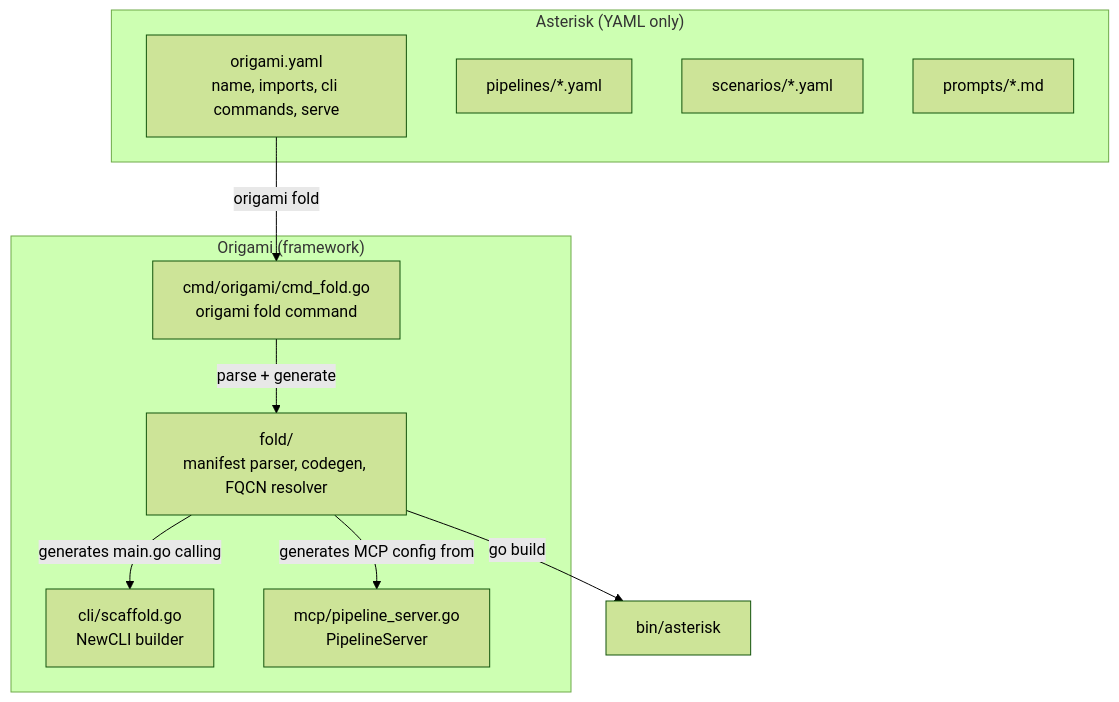
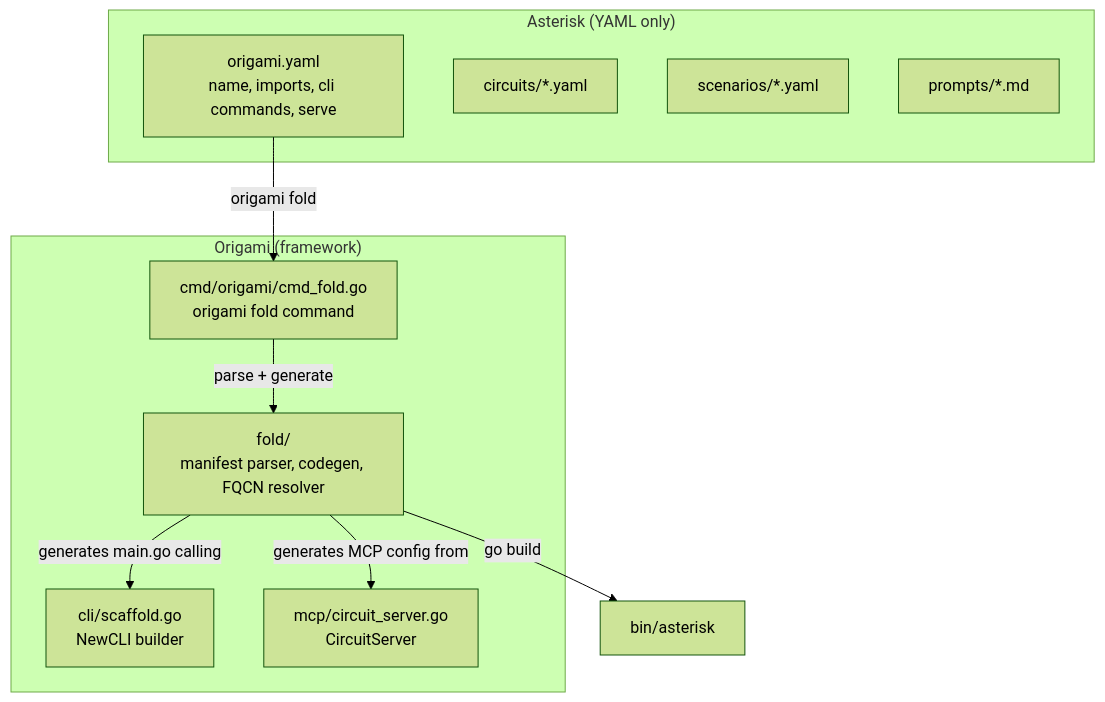
One commit to dpopsuev/asterisk changed the second of 2 diagrams in .cursor/contracts/draft/origami-fold.md. Above: the diagram before and after it, drawn with Mermaid (forest theme). The commit also changed other lines of this file and 184 other files, not shown here.

First line of the commit message:
refactor: pipeline→circuit rename + rca-pure-dsl Phase 3-4 advance

````diff
--- a/.cursor/contracts/draft/origami-fold.md
+++ b/.cursor/contracts/draft/origami-fold.md
@@ -44,20 +44,20 @@
 ```mermaid
 flowchart TB
   subgraph asterisk ["Asterisk (YAML only)"]
     manifest["origami.yaml<br/>name, imports, cli commands, serve"]
-    pipelines["pipelines/*.yaml"]
+    circuits["circuits/*.yaml"]
     scenarios["scenarios/*.yaml"]
     prompts["prompts/*.md"]
   end
   subgraph origami ["Origami (framework)"]
     foldCmd["cmd/origami/cmd_fold.go<br/>origami fold command"]
     foldPkg["fold/<br/>manifest parser, codegen, FQCN resolver"]
     cli["cli/scaffold.go<br/>NewCLI builder"]
-    mcp["mcp/pipeline_server.go<br/>PipelineServer"]
+    mcp["mcp/circuit_server.go<br/>CircuitServer"]
   end
   manifest -->|"origami fold"| foldCmd
   foldCmd -->|"parse + generate"| foldPkg
   foldPkg -->|"generates main.go calling"| cli
   foldPkg -->|"generates MCP config from"| mcp
   foldPkg -->|"go build"| binary["bin/asterisk"]
 ```
````
